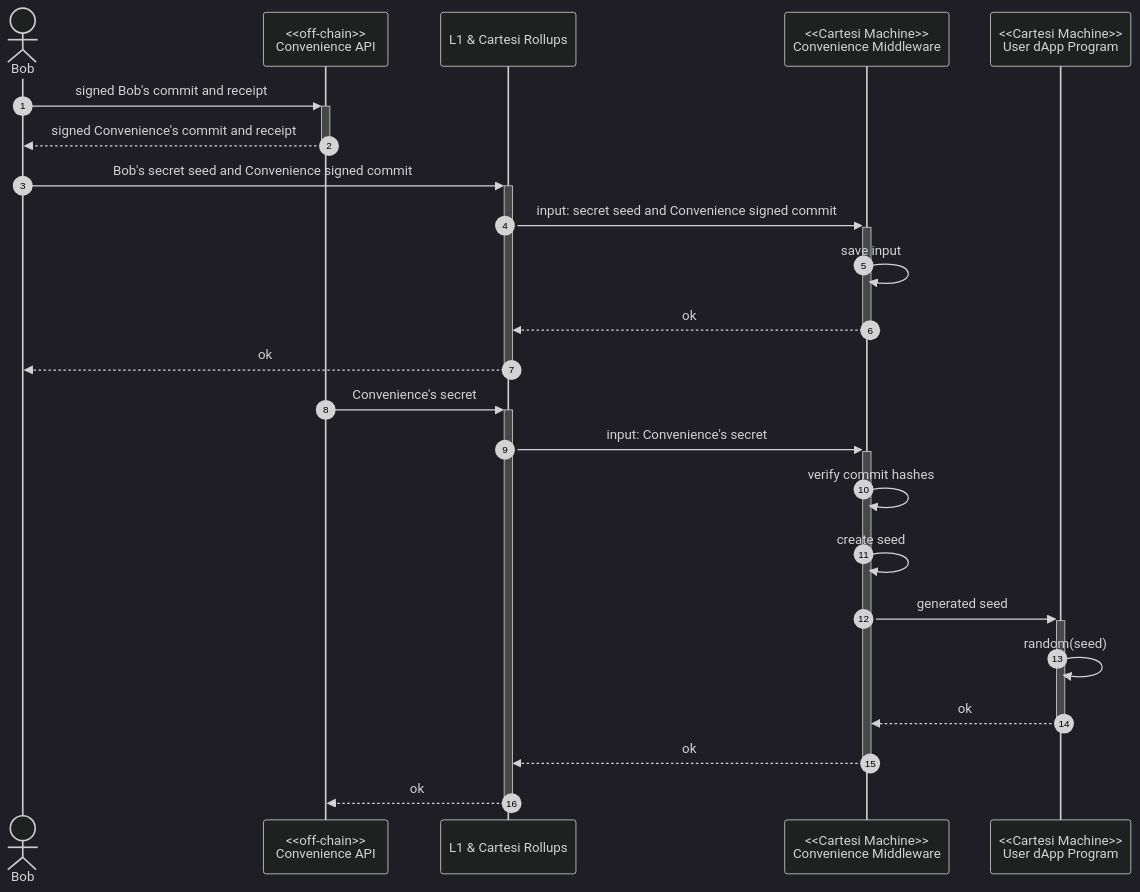
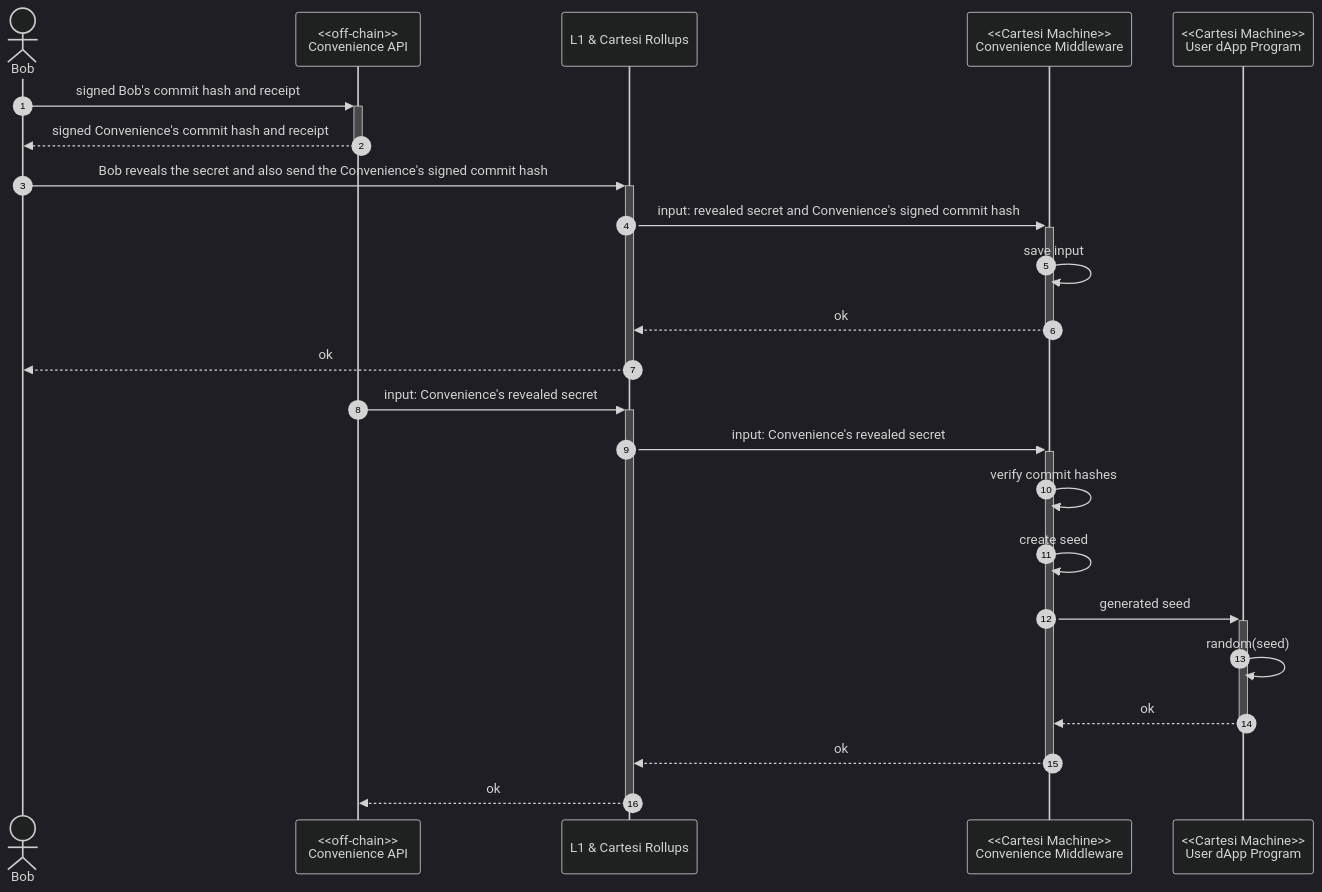
One commit to Calindra/cartesi-proposals changed the diagram in diagrams/cartesi_propostal_prng_3.md. Above: the diagram before and after it, drawn with Mermaid.

Commit message:
Convenience PRNG diagram improvement

````diff
--- a/diagrams/cartesi_propostal_prng_3.md
+++ b/diagrams/cartesi_propostal_prng_3.md
@@ -1,41 +1,41 @@
 ```mermaid
 %%{
   init: {
     "theme": "dark",
     "sequence": {
       "mirrorActors": true,
       "messageAlign": "center"
     }
   }
 }%%
 sequenceDiagram
   actor Bob
   participant ConvenienceAPI as <<off-chain>><br>Convenience API
   participant CM as L1 & Cartesi Rollups
   participant ConvenienceMiddleware as <<Cartesi Machine>><br>Convenience Middleware
   participant UserProgram as <<Cartesi Machine>><br>User dApp Program
   autonumber
 
-  Bob->>+ConvenienceAPI: signed Bob's commit and receipt
-  ConvenienceAPI-->>-Bob: signed Convenience's commit and receipt
+  Bob->>+ConvenienceAPI: signed Bob's commit hash and receipt
+  ConvenienceAPI-->>-Bob: signed Convenience's commit hash and receipt
 
   # BOB REVEAL
-  Bob->>+CM: Bob's secret seed and Convenience signed commit
-  CM->>+ConvenienceMiddleware: input: secret seed and Convenience signed commit
+  Bob->>+CM: Bob reveals the secret and also send the Convenience's signed commit hash
+  CM->>+ConvenienceMiddleware: input: revealed secret and Convenience's signed commit hash
   ConvenienceMiddleware->>ConvenienceMiddleware: save input
   ConvenienceMiddleware-->>-CM: ok
   CM-->>-Bob: ok
 
   # CONVENIENCE REVEAL
-  ConvenienceAPI->>+CM: Convenience's secret
-  CM->>+ConvenienceMiddleware: input: Convenience's secret
+  ConvenienceAPI->>+CM: input: Convenience's revealed secret
+  CM->>+ConvenienceMiddleware: input: Convenience's revealed secret
   ConvenienceMiddleware->>ConvenienceMiddleware: verify commit hashes
   ConvenienceMiddleware->>ConvenienceMiddleware: create seed
   ConvenienceMiddleware->>+UserProgram: generated seed
   UserProgram->>UserProgram: random(seed)
   UserProgram-->>-ConvenienceMiddleware: ok
   ConvenienceMiddleware-->>-CM: ok
   CM-->>-ConvenienceAPI: ok
 
   
 ```
````
